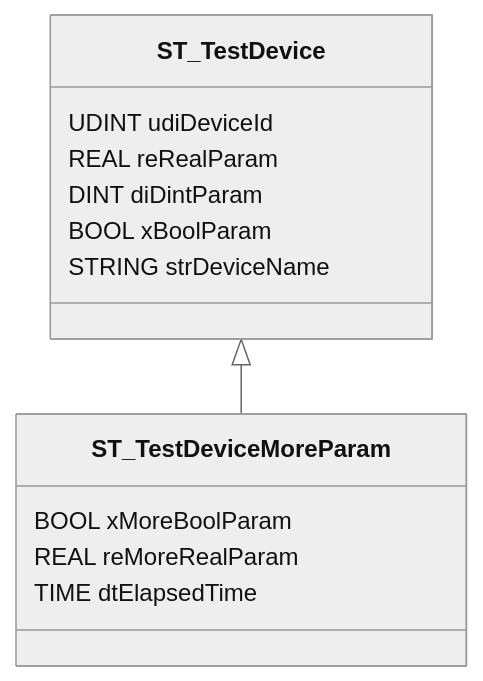
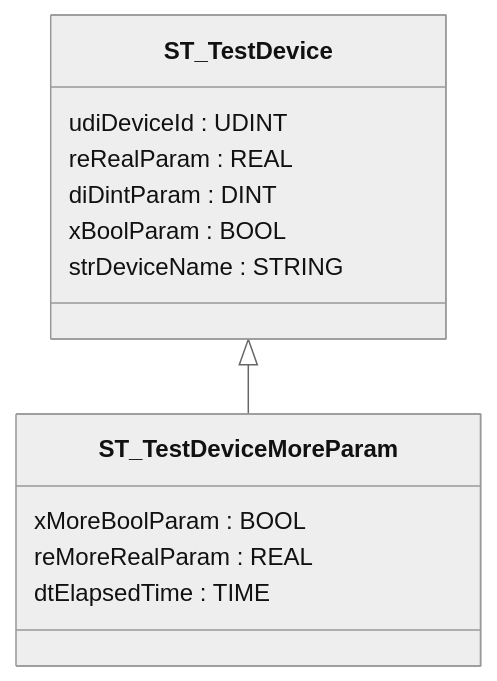
One commit to hei-synd-aaut/aaut-docs changed the tenth of 11 diagrams in AAut_MOD_02_IEC_61131_OOP_InPractice/UML_With_Mermaid_For_61131.md. Above: the diagram before and after it, drawn with Mermaid (neutral theme). The commit also changed other lines of this file and 12 other files, not shown here.

````diff
--- a/AAut_MOD_02_IEC_61131_OOP_InPractice/UML_With_Mermaid_For_61131.md
+++ b/AAut_MOD_02_IEC_61131_OOP_InPractice/UML_With_Mermaid_For_61131.md
@@ -297,18 +309,18 @@
 ```mermaid
 classDiagram
   class ST_TestDevice {
-    UDINT udiDeviceId
-    REAL reRealParam
-    DINT diDintParam
-    BOOL xBoolParam
-    STRING strDeviceName
+    udiDeviceId : UDINT 
+    reRealParam : REAL 
+    diDintParam : DINT 
+    xBoolParam : BOOL 
+    strDeviceName : STRING 
   }
 
   class ST_TestDeviceMoreParam {
-    BOOL xMoreBoolParam
-    REAL reMoreRealParam
-    TIME dtElapsedTime
+    xMoreBoolParam : BOOL 
+    reMoreRealParam : REAL 
+    dtElapsedTime : TIME 
   }
 
   ST_TestDevice <|-- ST_TestDeviceMoreParam
 ```
````
